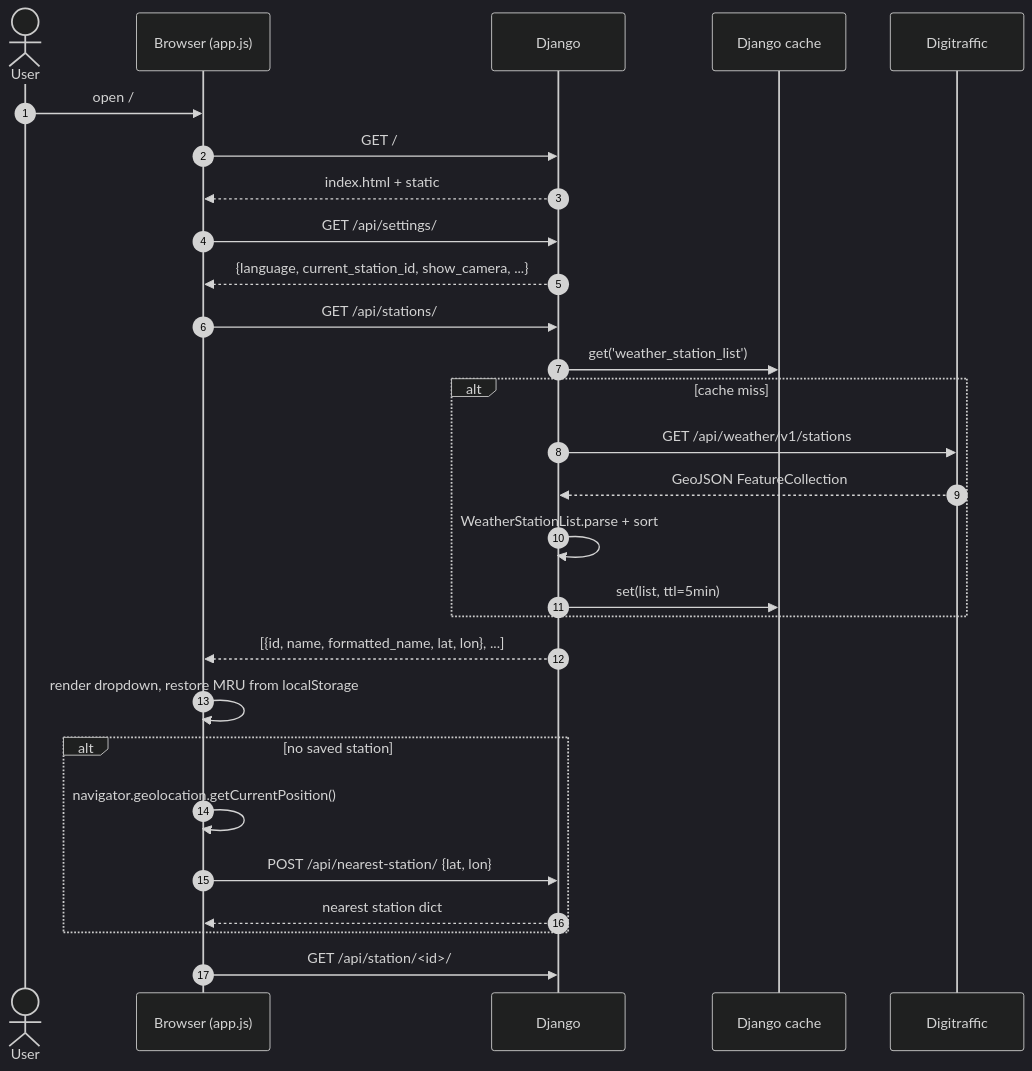
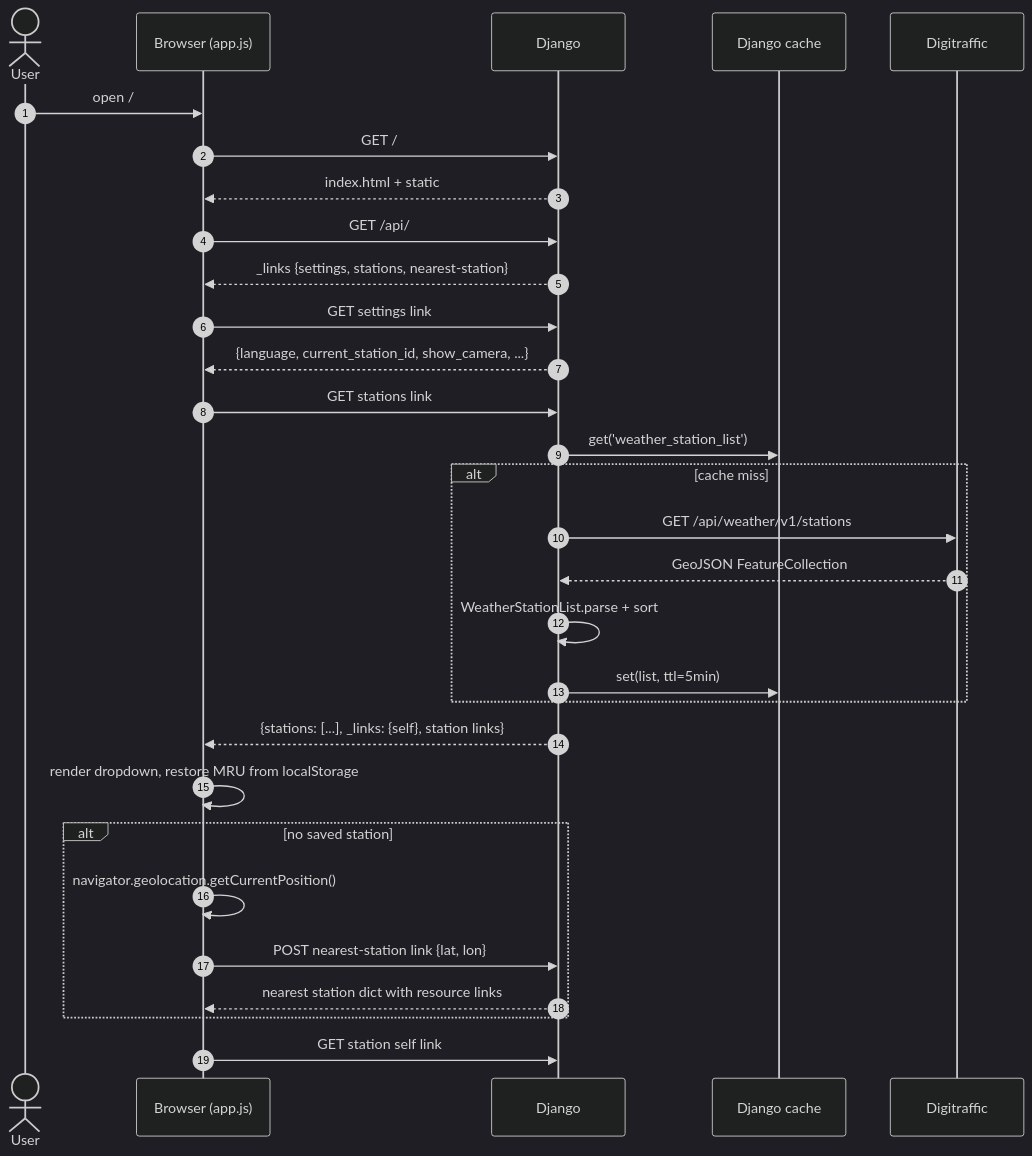
One commit to jjankkil/weatherview-django changed the third of 9 diagrams in docs/ARCHITECTURE.md. Above: the diagram before and after it, drawn with Mermaid (dark theme). The commit also changed other lines of this file and 8 other files, not shown here.

Commit message:
Add hypermedia links to weather API

````diff
--- a/docs/ARCHITECTURE.md
+++ b/docs/ARCHITECTURE.md
@@ -224,31 +227,33 @@
 ```mermaid
 sequenceDiagram
     autonumber
     actor User
     participant Browser as Browser (app.js)
     participant Django
     participant Cache as Django cache
     participant DT as Digitraffic
 
     User->>Browser: open /
     Browser->>Django: GET /
     Django-->>Browser: index.html + static
-    Browser->>Django: GET /api/settings/
+    Browser->>Django: GET /api/
+    Django-->>Browser: _links {settings, stations, nearest-station}
+    Browser->>Django: GET settings link
     Django-->>Browser: {language, current_station_id, show_camera, ...}
-    Browser->>Django: GET /api/stations/
+    Browser->>Django: GET stations link
     Django->>Cache: get('weather_station_list')
     alt cache miss
         Django->>DT: GET /api/weather/v1/stations
         DT-->>Django: GeoJSON FeatureCollection
         Django->>Django: WeatherStationList.parse + sort
         Django->>Cache: set(list, ttl=5min)
     end
-    Django-->>Browser: [{id, name, formatted_name, lat, lon}, ...]
+    Django-->>Browser: {stations: [...], _links: {self}, station links}
     Browser->>Browser: render dropdown, restore MRU from localStorage
     alt no saved station
         Browser->>Browser: navigator.geolocation.getCurrentPosition()
-        Browser->>Django: POST /api/nearest-station/ {lat, lon}
-        Django-->>Browser: nearest station dict
+        Browser->>Django: POST nearest-station link {lat, lon}
+        Django-->>Browser: nearest station dict with resource links
     end
-    Browser->>Django: GET /api/station/<id>/
+    Browser->>Django: GET station self link
 ```
````
